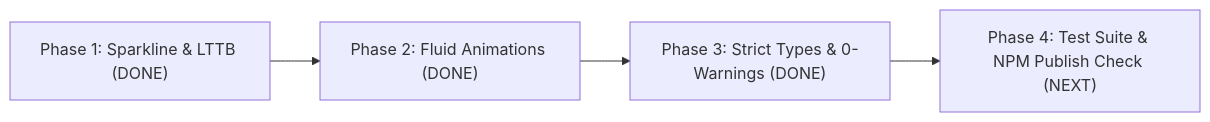
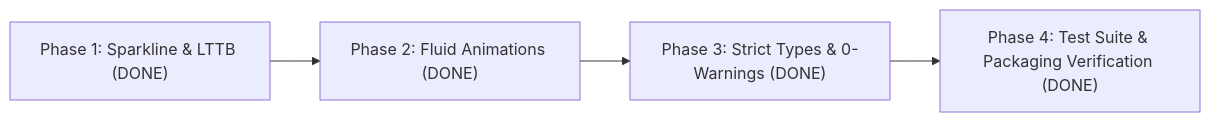
The diagram in implementation_plan.md (NofiniteHQ/stack), drawn with Mermaid before and after one commit. The commit also changed other lines of this file and 2 other files, not shown here.

Commit message:
test(charts): comprehensive react unit test suite and packaging verification

````diff
--- a/implementation_plan.md
+++ b/implementation_plan.md
@@ -10,6 +10,6 @@
 ```mermaid
 graph LR
     P1["Phase 1: Sparkline & LTTB (DONE)"] --> P2["Phase 2: Fluid Animations (DONE)"]
     P2 --> P3["Phase 3: Strict Types & 0-Warnings (DONE)"]
-    P3 --> P4["Phase 4: Test Suite & NPM Publish Check (NEXT)"]
+    P3 --> P4["Phase 4: Test Suite & Packaging Verification (DONE)"]
 ```
````
